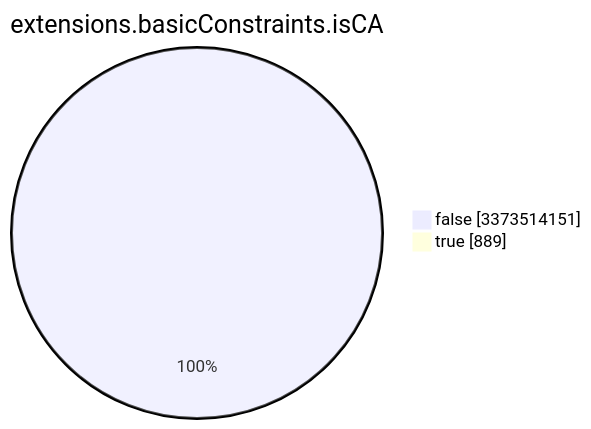
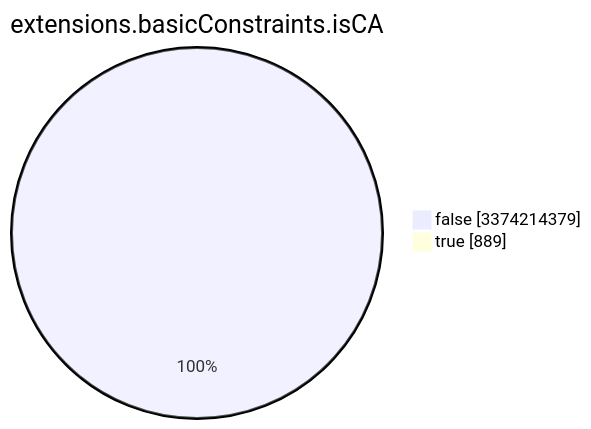
The seventh of 15 diagrams in TOTAL/README.md (christiankrug/ctmonitor_visualization), drawn with Mermaid before and after one commit. The commit also changed other lines of this file, not shown here.

````diff
--- a/TOTAL/README.md
+++ b/TOTAL/README.md
@@ -3090,6 +3090,6 @@
 ```mermaid
 pie showData
 title extensions.basicConstraints.isCA
-"false" :3373514151
+"false" :3374214379
 "true" :889
 ```
````
